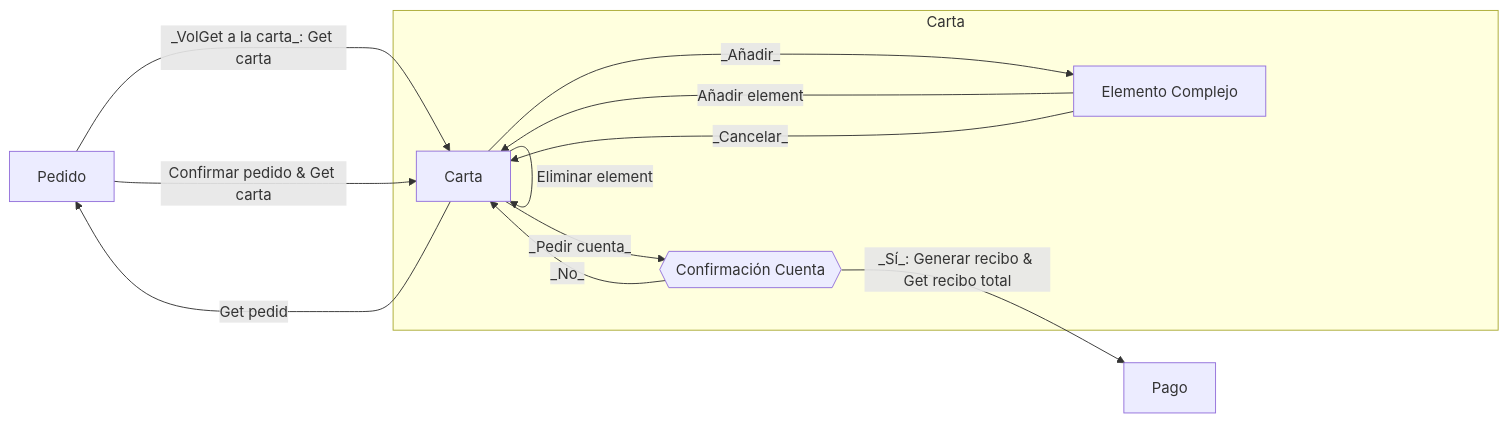
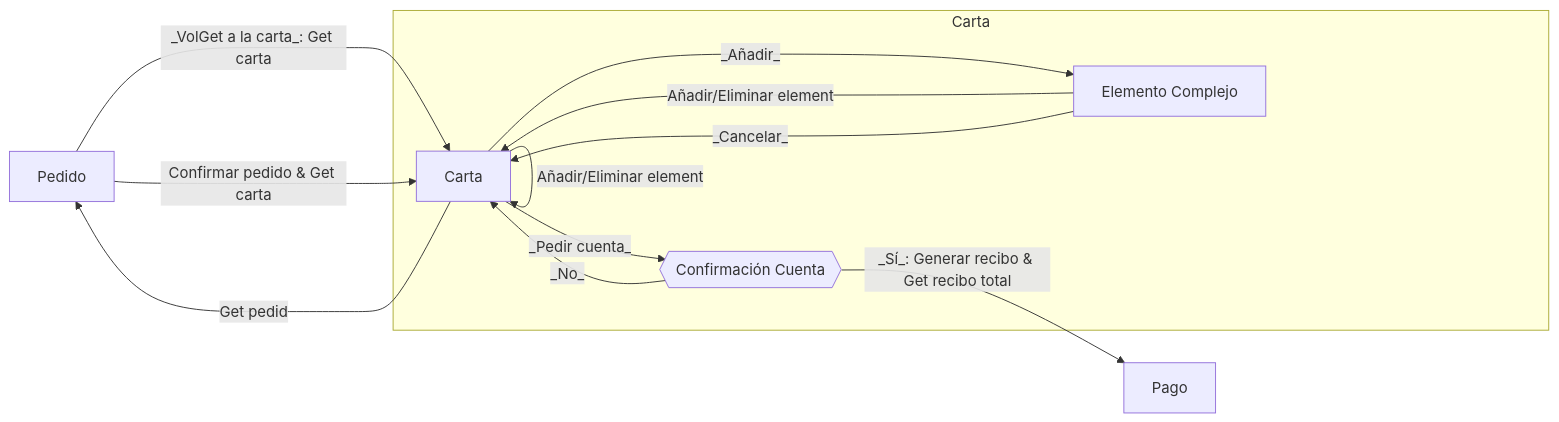
Before and after one commit to pabenito/QRest: the fifth of 10 diagrams in documentacion/requisitos/diagramas_de_flujo.md, drawn with Mermaid. The commit also changed other lines of this file, not shown here.

Commit message:
Diagrama de flujo: Unificar casos de uso Añadir/Eliminar elementos

````diff
--- a/documentacion/requisitos/diagramas_de_flujo.md
+++ b/documentacion/requisitos/diagramas_de_flujo.md
@@ -63,21 +63,20 @@
 ```mermaid
 flowchart LR
     pedido[Pedido]
     pago[Pago]
     subgraph g_carta[Carta]
         carta[Carta]
         elemento_complejo[Elemento Complejo]
         confirmacion_cuenta{{Confirmación Cuenta}}
     end
-    carta --Añadir elemento--> carta
-    carta --Eliminar elemento--> carta
+    carta --Añadir/Eliminar elemento--> carta
     carta --_Añadir_--> elemento_complejo
-    elemento_complejo --Añadir elemento--> carta
+    elemento_complejo --Añadir/Eliminar elemento--> carta
     elemento_complejo --_Cancelar_--> carta
     carta --Get pedido--> pedido
     pedido --_VolGet a la carta_: Get carta--> carta
     pedido --Confirmar pedido & Get carta--> carta
     carta --_Pedir cuenta_--> confirmacion_cuenta
     confirmacion_cuenta --_Sí_: Generar recibo & Get recibo total--> pago
     confirmacion_cuenta --_No_--> carta
 ```
````
